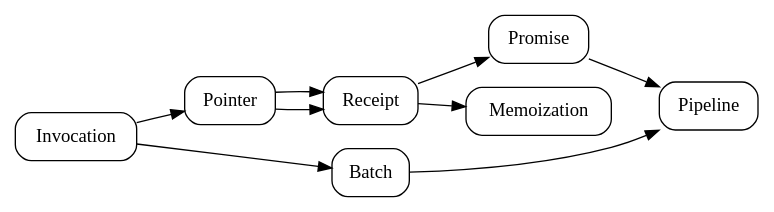
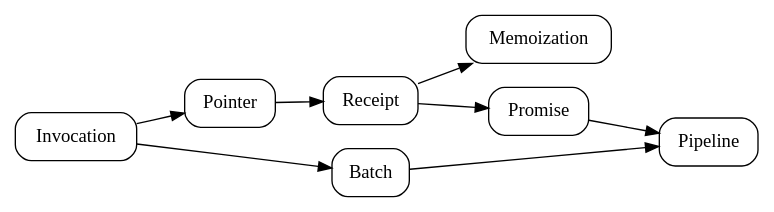
One commit to ucan-wg/invocation changed the diagram in diagrams/concepts.dot. Above: the diagram before and after it, drawn with Graphviz.

```diff
--- a/diagrams/concepts.dot
+++ b/diagrams/concepts.dot
@@ -1,12 +1,12 @@
 digraph {
     rankdir="LR"
 
     node [
       style=rounded
       shape=box
     ]
 
-    Invocation -> Pointer -> Receipt -> Promise -> Pipeline
-    Pointer -> Receipt -> Memoization
+    Invocation -> Pointer -> Receipt -> Memoization
+    Receipt -> Promise -> Pipeline
     Invocation -> Batch -> Pipeline
 }
```
